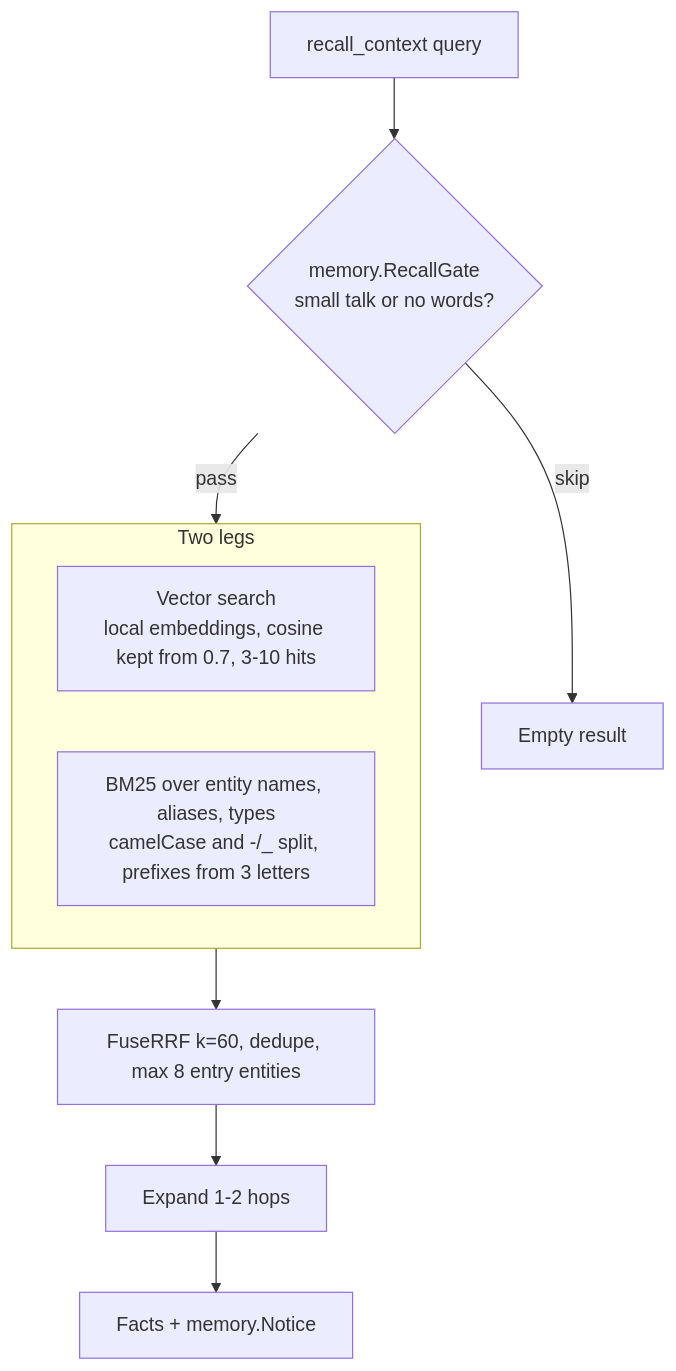
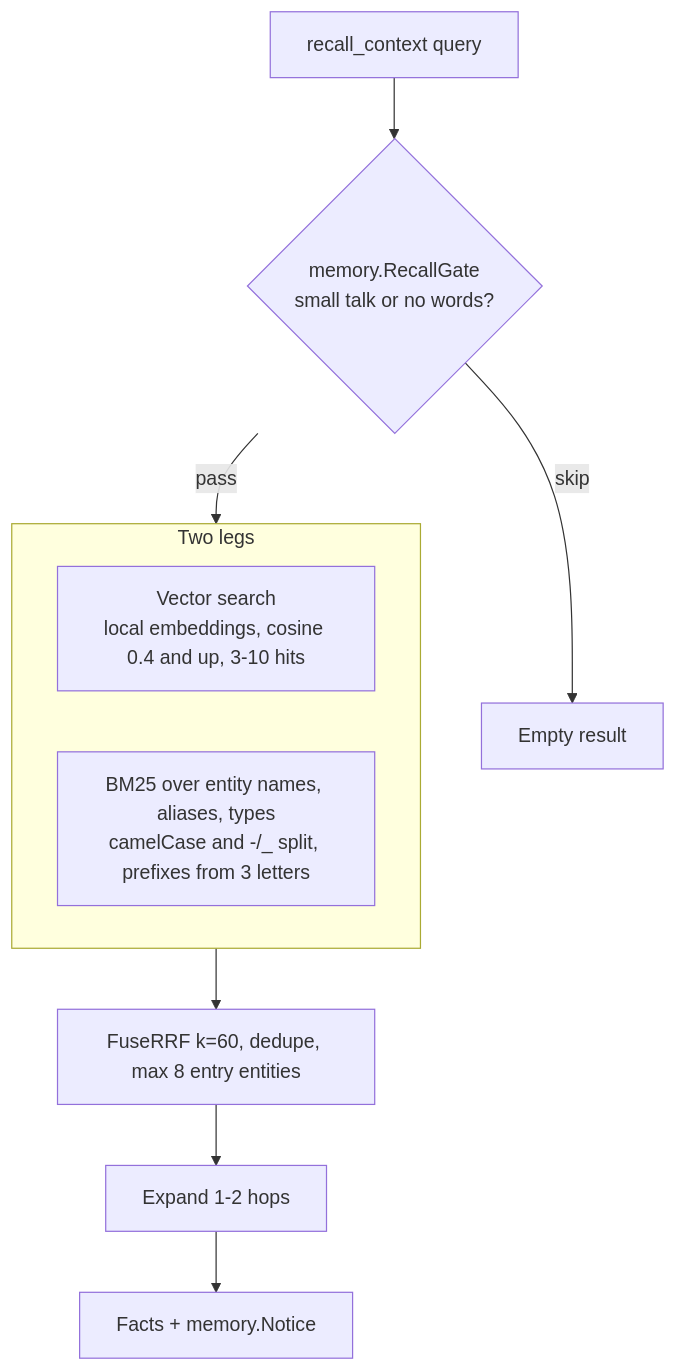
The third of 3 diagrams in docs/features/memory.md (astrona-io/codesynapse), drawn with Mermaid before and after one commit. The commit also changed 6 other files, not shown here.

First line of the commit message:
docs: fix Mermaid diagrams that fail to render or misdraw the code (#267)

````diff
--- a/docs/features/memory.md
+++ b/docs/features/memory.md
@@ -82,13 +82,13 @@
 ```mermaid
 flowchart TD
     q[recall_context query] --> gate{memory.RecallGate<br/>small talk or no words?}
     gate -- skip --> none[Empty result]
     gate -- pass --> par
     subgraph par[Two legs]
-        v[Vector search<br/>local embeddings, cosine kept from 0.7, 3-10 hits]
+        v[Vector search<br/>local embeddings, cosine 0.4 and up, 3-10 hits]
         b[BM25 over entity names, aliases, types<br/>camelCase and -/_ split, prefixes from 3 letters]
     end
     par --> rrf[FuseRRF k=60, dedupe, max 8 entry entities]
     rrf --> hop[Expand 1-2 hops]
     hop --> facts[Facts + memory.Notice]
 ```
````
